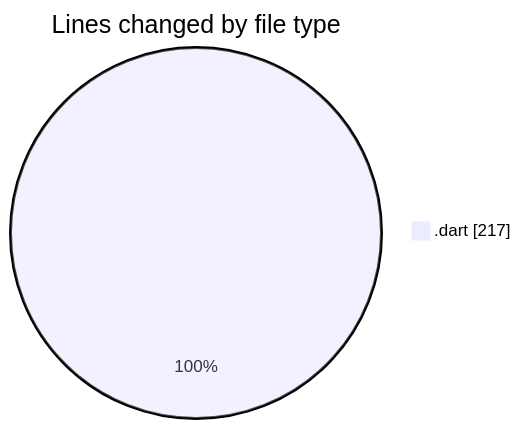
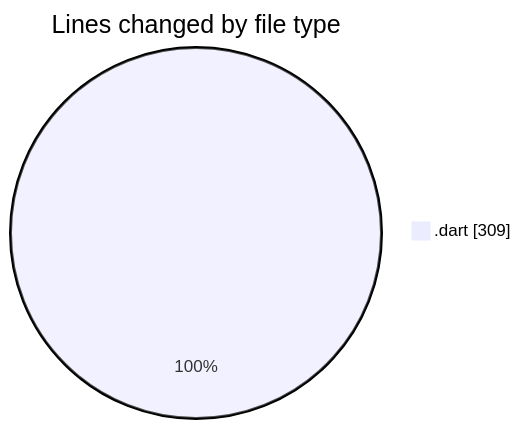
Before and after one commit to donsfak/code-tracking: the first of 2 diagrams in 2025-01-23/trackers_app/README.md, drawn with Mermaid. The commit also changed other lines of this file and 1 other file, not shown here.

````diff
--- a/2025-01-23/trackers_app/README.md
+++ b/2025-01-23/trackers_app/README.md
@@ -21,5 +22,5 @@
 ```mermaid
 pie showData
 title Lines changed by file type
-".dart" : 217
+".dart" : 309
 ```
````
